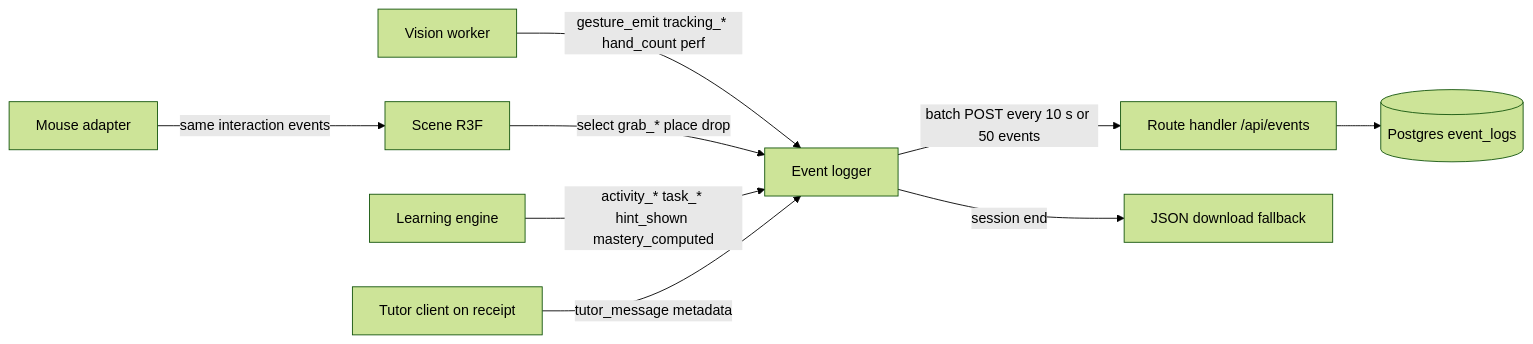
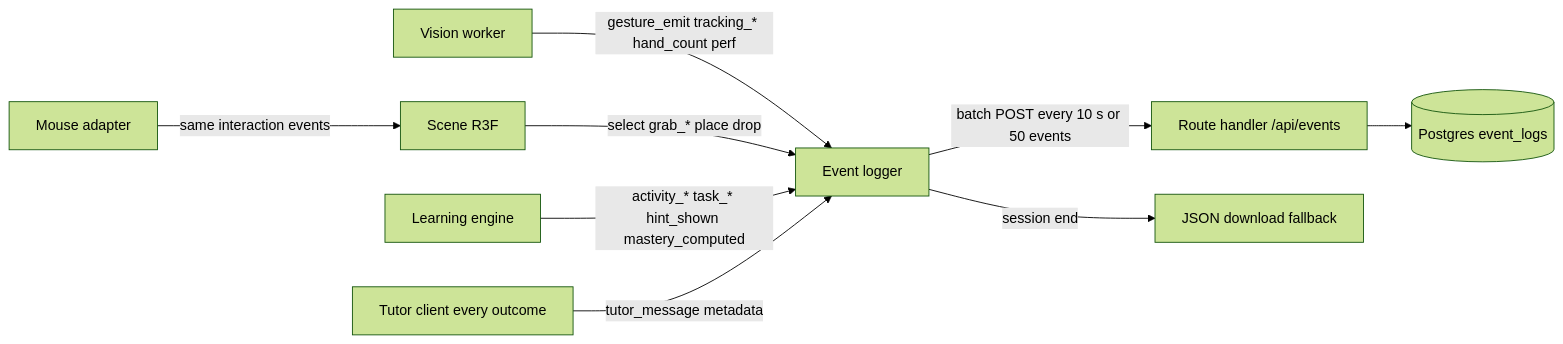
Before and after one commit to bses7/Grasp: the diagram in docs/14-evaluation-methodology.md, drawn with Mermaid (forest theme). The commit also changed other lines of this file and 57 other files, not shown here.

````diff
--- a/docs/14-evaluation-methodology.md
+++ b/docs/14-evaluation-methodology.md
@@ -248,11 +252,11 @@
 ```mermaid
 flowchart LR
   V[Vision worker] -->|gesture_emit tracking_* hand_count perf| L[Event logger]
   S[Scene R3F] -->|select grab_* place drop| L
   G[Learning engine] -->|activity_* task_* hint_shown mastery_computed| L
-  A[Tutor client on receipt] -->|tutor_message metadata| L
+  A[Tutor client every outcome] -->|tutor_message metadata| L
   M[Mouse adapter] -->|same interaction events| S
   L -->|batch POST every 10 s or 50 events| R["Route handler /api/events"]
   L -->|session end| D[JSON download fallback]
   R --> P[(Postgres event_logs)]
 ```
````
